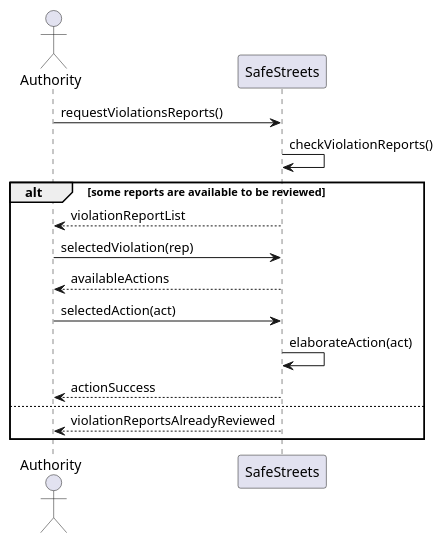
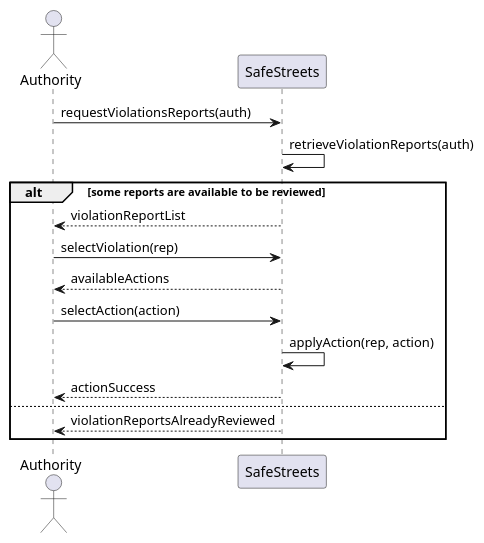
One commit to fuljo/FulginiDiCesare-SE2 changed the diagram in diagrams/rasd_sequence_diagram_uc_2_1.wsd. Above: the diagram before and after it, drawn with PlantUML. The commit also changed 5 other files, not shown here.

Commit message:
Improve names in sequence diagrams

```diff
--- a/diagrams/rasd_sequence_diagram_uc_2_1.wsd
+++ b/diagrams/rasd_sequence_diagram_uc_2_1.wsd
@@ -1,20 +1,20 @@
 @startuml rasd_sequence_diagram_uc_2_1
 skinparam Shadowing false
 
 actor Authority as A
 participant SafeStreets as SS
 
-A -> SS : requestViolationsReports()
-SS -> SS : checkViolationReports()
+A -> SS : requestViolationsReports(auth)
+SS -> SS : retrieveViolationReports(auth)
 alt some reports are available to be reviewed
 SS --> A : violationReportList
-A -> SS : selectedViolation(rep)
+A -> SS : selectViolation(rep)
 SS --> A : availableActions
-A -> SS : selectedAction(act)
-SS -> SS : elaborateAction(act)
+A -> SS : selectAction(action)
+SS -> SS : applyAction(rep, action)
 SS --> A : actionSuccess
 else
 SS --> A : violationReportsAlreadyReviewed
 end
 
 @enduml
```
